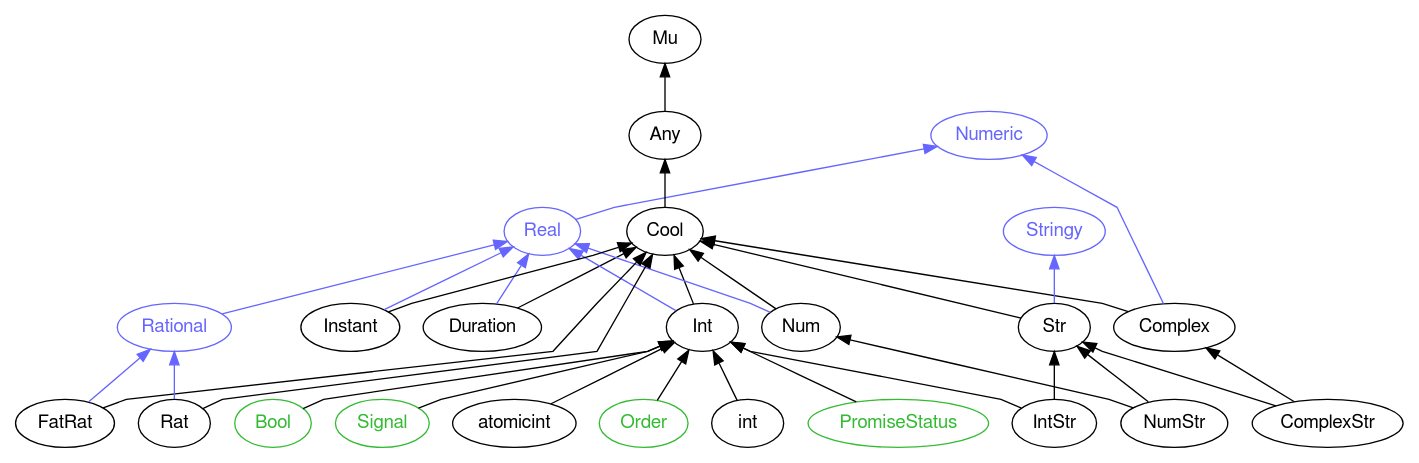
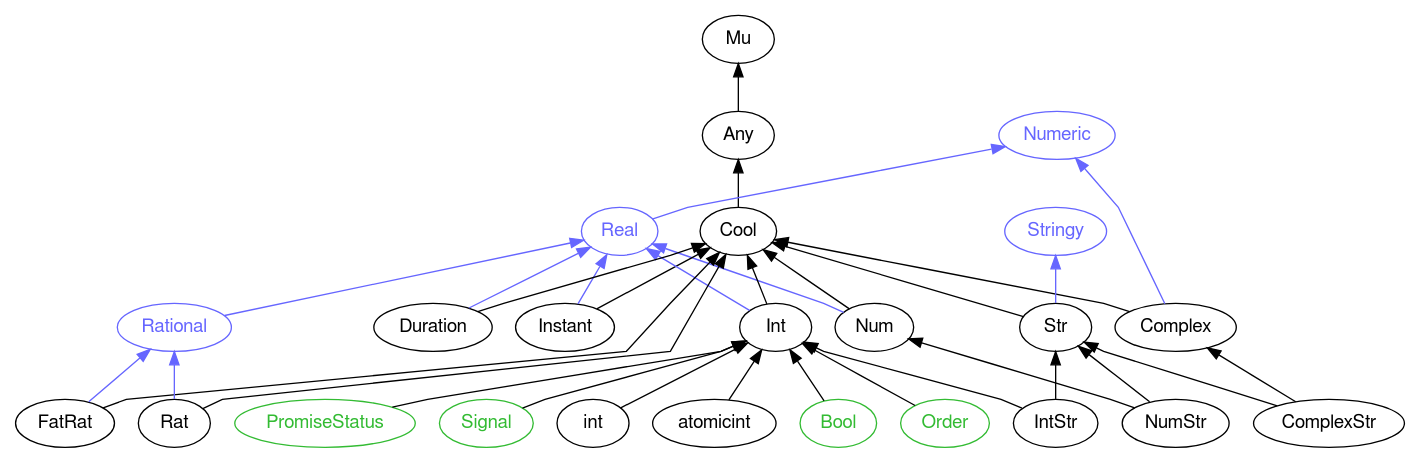
One commit to perl6docs/perl6docs.github.io changed the diagram in images/type-graph-Numeric.svg.dot. Above: the diagram before and after it, drawn with Graphviz. The commit also changed other lines of this file and 4398 other files, not shown here.

```diff
--- a/images/type-graph-Numeric.svg.dot
+++ b/images/type-graph-Numeric.svg.dot
@@ -1,66 +1,66 @@
 digraph "perl6-type-graph" {
     rankdir=BT;
     splines=polyline;
     overlap=false; 
     // Types
     "Numeric" [color="#6666FF", fontcolor="#6666FF", href="/type/Numeric", fontname="FreeSans"];
-    "Real" [color="#6666FF", fontcolor="#6666FF", href="/type/Real", fontname="FreeSans"];
     "Mu" [color="#000000", fontcolor="#000000", href="/type/Mu", fontname="FreeSans"];
     "Any" [color="#000000", fontcolor="#000000", href="/type/Any", fontname="FreeSans"];
     "Cool" [color="#000000", fontcolor="#000000", href="/type/Cool", fontname="FreeSans"];
     "Complex" [color="#000000", fontcolor="#000000", href="/type/Complex", fontname="FreeSans"];
+    "Real" [color="#6666FF", fontcolor="#6666FF", href="/type/Real", fontname="FreeSans"];
     "Stringy" [color="#6666FF", fontcolor="#6666FF", href="/type/Stringy", fontname="FreeSans"];
     "Str" [color="#000000", fontcolor="#000000", href="/type/Str", fontname="FreeSans"];
     "ComplexStr" [color="#000000", fontcolor="#000000", href="/type/ComplexStr", fontname="FreeSans"];
+    "Num" [color="#000000", fontcolor="#000000", href="/type/Num", fontname="FreeSans"];
+    "Instant" [color="#000000", fontcolor="#000000", href="/type/Instant", fontname="FreeSans"];
+    "Rational" [color="#6666FF", fontcolor="#6666FF", href="/type/Rational", fontname="FreeSans"];
+    "Int" [color="#000000", fontcolor="#000000", href="/type/Int", fontname="FreeSans"];
     "Duration" [color="#000000", fontcolor="#000000", href="/type/Duration", fontname="FreeSans"];
-    "Int" [color="#000000", fontcolor="#000000", href="/type/Int", fontname="FreeSans"];
-    "Num" [color="#000000", fontcolor="#000000", href="/type/Num", fontname="FreeSans"];
-    "Rational" [color="#6666FF", fontcolor="#6666FF", href="/type/Rational", fontname="FreeSans"];
-    "Instant" [color="#000000", fontcolor="#000000", href="/type/Instant", fontname="FreeSans"];
+    "NumStr" [color="#000000", fontcolor="#000000", href="/type/NumStr", fontname="FreeSans"];
+    "Bool" [color="#33BB33", fontcolor="#33BB33", href="/type/Bool", fontname="FreeSans"];
+    "Order" [color="#33BB33", fontcolor="#33BB33", href="/type/Order", fontname="FreeSans"];
+    "PromiseStatus" [color="#33BB33", fontcolor="#33BB33", href="/type/PromiseStatus", fontname="FreeSans"];
+    "Signal" [color="#33BB33", fontcolor="#33BB33", href="/type/Signal", fontname="FreeSans"];
+    "int" [color="#000000", fontcolor="#000000", href="/type/int", fontname="FreeSans"];
     "IntStr" [color="#000000", fontcolor="#000000", href="/type/IntStr", fontname="FreeSans"];
     "atomicint" [color="#000000", fontcolor="#000000", href="/type/atomicint", fontname="FreeSans"];
-    "Order" [color="#33BB33", fontcolor="#33BB33", href="/type/Order", fontname="FreeSans"];
-    "int" [color="#000000", fontcolor="#000000", href="/type/int", fontname="FreeSans"];
-    "PromiseStatus" [color="#33BB33", fontcolor="#33BB33", href="/type/PromiseStatus", fontname="FreeSans"];
-    "Bool" [color="#33BB33", fontcolor="#33BB33", href="/type/Bool", fontname="FreeSans"];
-    "Signal" [color="#33BB33", fontcolor="#33BB33", href="/type/Signal", fontname="FreeSans"];
-    "NumStr" [color="#000000", fontcolor="#000000", href="/type/NumStr", fontname="FreeSans"];
     "FatRat" [color="#000000", fontcolor="#000000", href="/type/FatRat", fontname="FreeSans"];
     "Rat" [color="#000000", fontcolor="#000000", href="/type/Rat", fontname="FreeSans"];
 
     // Superclasses
     "Any" -> "Mu" [color="#000000"];
     "Cool" -> "Any" [color="#000000"];
     "Complex" -> "Cool" [color="#000000"];
     "Str" -> "Cool" [color="#000000"];
     "ComplexStr" -> "Complex" [color="#000000"];
     "ComplexStr" -> "Str" [color="#000000"];
-    "Duration" -> "Cool" [color="#000000"];
-    "Int" -> "Cool" [color="#000000"];
     "Num" -> "Cool" [color="#000000"];
     "Instant" -> "Cool" [color="#000000"];
+    "Int" -> "Cool" [color="#000000"];
+    "Duration" -> "Cool" [color="#000000"];
+    "NumStr" -> "Num" [color="#000000"];
+    "NumStr" -> "Str" [color="#000000"];
+    "Bool" -> "Int" [color="#000000"];
+    "Order" -> "Int" [color="#000000"];
+    "PromiseStatus" -> "Int" [color="#000000"];
+    "Signal" -> "Int" [color="#000000"];
+    "int" -> "Int" [color="#000000"];
     "IntStr" -> "Int" [color="#000000"];
     "IntStr" -> "Str" [color="#000000"];
     "atomicint" -> "Int" [color="#000000"];
-    "Order" -> "Int" [color="#000000"];
-    "int" -> "Int" [color="#000000"];
-    "PromiseStatus" -> "Int" [color="#000000"];
-    "Bool" -> "Int" [color="#000000"];
-    "Signal" -> "Int" [color="#000000"];
-    "NumStr" -> "Num" [color="#000000"];
-    "NumStr" -> "Str" [color="#000000"];
     "FatRat" -> "Cool" [color="#000000"];
     "Rat" -> "Cool" [color="#000000"];
 
     // Roles
+    "Complex" -> "Numeric" [color="#6666FF"];
     "Real" -> "Numeric" [color="#6666FF"];
-    "Complex" -> "Numeric" [color="#6666FF"];
     "Str" -> "Stringy" [color="#6666FF"];
+    "Num" -> "Real" [color="#6666FF"];
+    "Instant" -> "Real" [color="#6666FF"];
+    "Rational" -> "Real" [color="#6666FF"];
+    "Int" -> "Real" [color="#6666FF"];
     "Duration" -> "Real" [color="#6666FF"];
-    "Int" -> "Real" [color="#6666FF"];
-    "Num" -> "Real" [color="#6666FF"];
-    "Rational" -> "Real" [color="#6666FF"];
-    "Instant" -> "Real" [color="#6666FF"];
     "FatRat" -> "Rational" [color="#6666FF"];
     "Rat" -> "Rational" [color="#6666FF"];
 }
```
